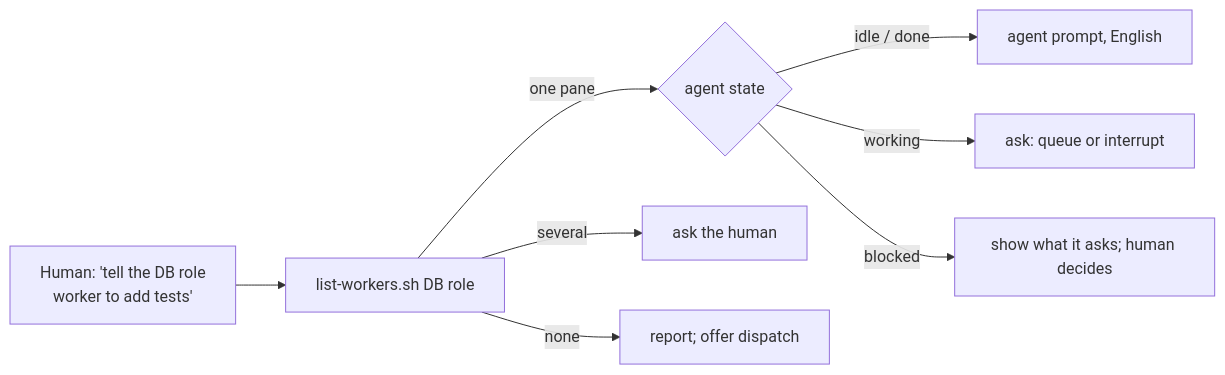
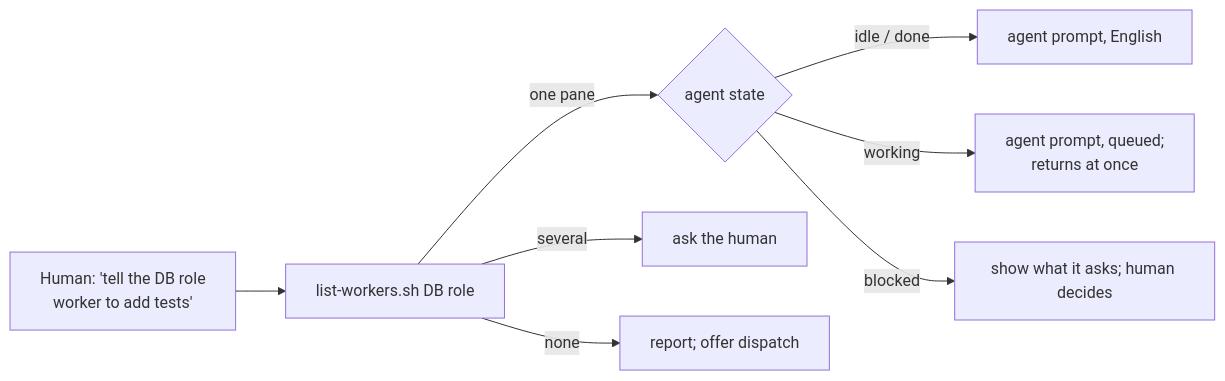
Before and after one commit to Nyarducks/herdr-worktree: the second of 3 diagrams in docs/design/orchestration.md, drawn with Mermaid. The commit also changed other lines of this file and 8 other files, not shown here.

````diff
--- a/docs/design/orchestration.md
+++ b/docs/design/orchestration.md
@@ -129,10 +129,10 @@
 ```mermaid
 flowchart LR
     H["Human: 'tell the DB role<br/>worker to add tests'"] --> L[list-workers.sh DB role]
     L -->|one pane| S{agent state}
     L -->|several| Q[ask the human]
     L -->|none| N[report; offer dispatch]
     S -->|idle / done| P[agent prompt, English]
-    S -->|working| C[ask: queue or interrupt]
+    S -->|working| C[agent prompt, queued;<br/>returns at once]
     S -->|blocked| B[show what it asks; human decides]
 ```
````
